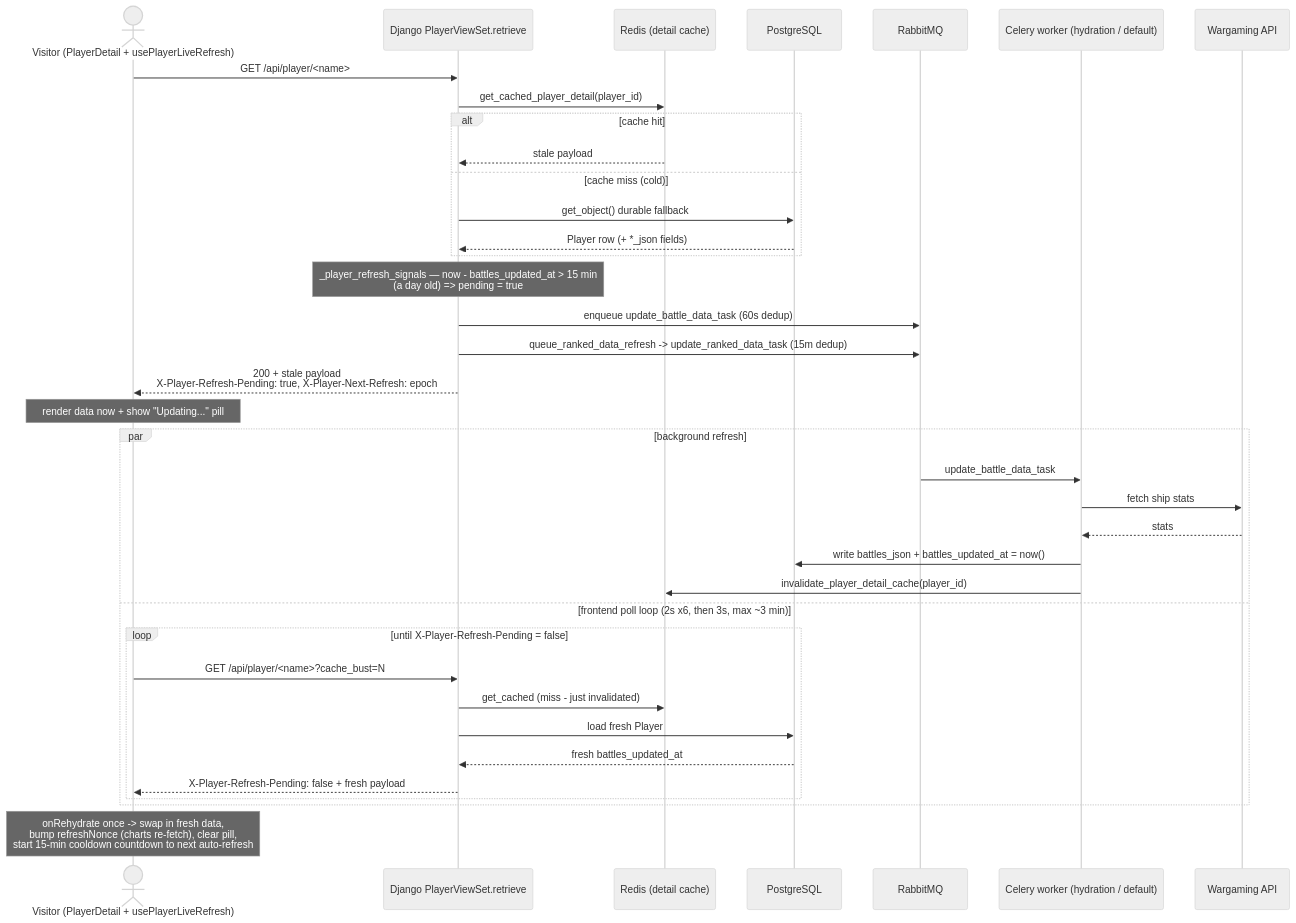
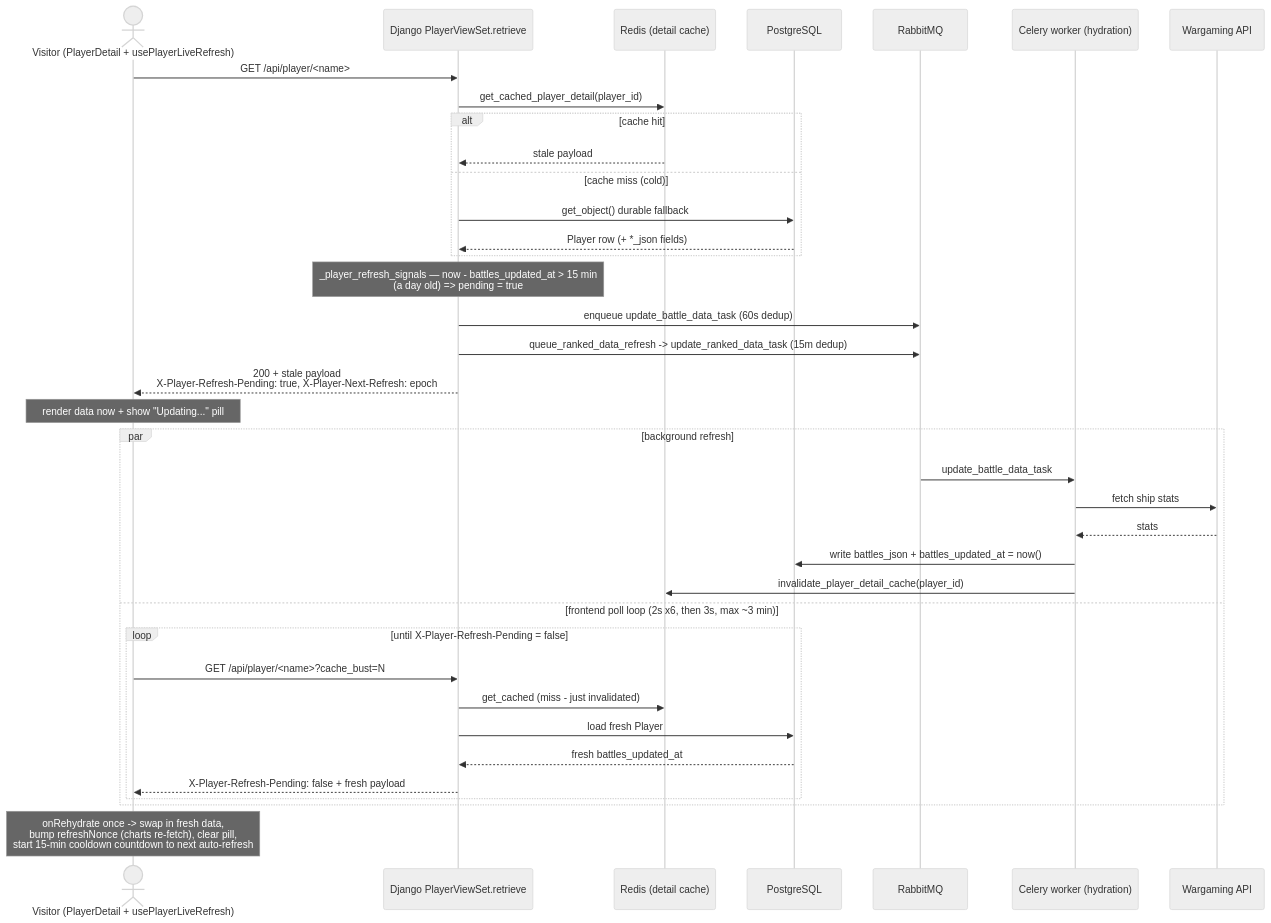
Before and after one commit to nitro-panks/battlestats: the third of 3 diagrams in agents/diagrams/queue-data-flow.md, drawn with Mermaid (neutral theme). The commit also changed other lines of this file and 1 other file, not shown here.

First line of the commit message:
docs(queue): reconcile queue-data-flow + interactive-lane to shipped hydration routing

````diff
--- a/agents/diagrams/queue-data-flow.md
+++ b/agents/diagrams/queue-data-flow.md
@@ -193,42 +195,42 @@
 ```mermaid
 sequenceDiagram
     actor V as Visitor (PlayerDetail + usePlayerLiveRefresh)
     participant API as Django PlayerViewSet.retrieve
     participant RD as Redis (detail cache)
     participant PG as PostgreSQL
     participant MQ as RabbitMQ
-    participant WK as Celery worker (hydration / default)
+    participant WK as Celery worker (hydration)
     participant WG as Wargaming API
 
     V->>API: GET /api/player/<name>
     API->>RD: get_cached_player_detail(player_id)
     alt cache hit
         RD-->>API: stale payload
     else cache miss (cold)
         API->>PG: get_object() durable fallback
         PG-->>API: Player row (+ *_json fields)
     end
     Note over API: _player_refresh_signals — now - battles_updated_at > 15 min<br/>(a day old) => pending = true
 
     API->>MQ: enqueue update_battle_data_task (60s dedup)
     API->>MQ: queue_ranked_data_refresh -> update_ranked_data_task (15m dedup)
     API-->>V: 200 + stale payload<br/>X-Player-Refresh-Pending: true, X-Player-Next-Refresh: epoch
     Note over V: render data now + show "Updating..." pill
 
     par background refresh
         MQ->>WK: update_battle_data_task
         WK->>WG: fetch ship stats
         WG-->>WK: stats
         WK->>PG: write battles_json + battles_updated_at = now()
         WK->>RD: invalidate_player_detail_cache(player_id)
     and frontend poll loop (2s x6, then 3s, max ~3 min)
         loop until X-Player-Refresh-Pending = false
             V->>API: GET /api/player/<name>?cache_bust=N
             API->>RD: get_cached (miss - just invalidated)
             API->>PG: load fresh Player
             PG-->>API: fresh battles_updated_at
             API-->>V: X-Player-Refresh-Pending: false + fresh payload
         end
     end
     Note over V: onRehydrate once -> swap in fresh data,<br/>bump refreshNonce (charts re-fetch), clear pill,<br/>start 15-min cooldown countdown to next auto-refresh
 ```
````
